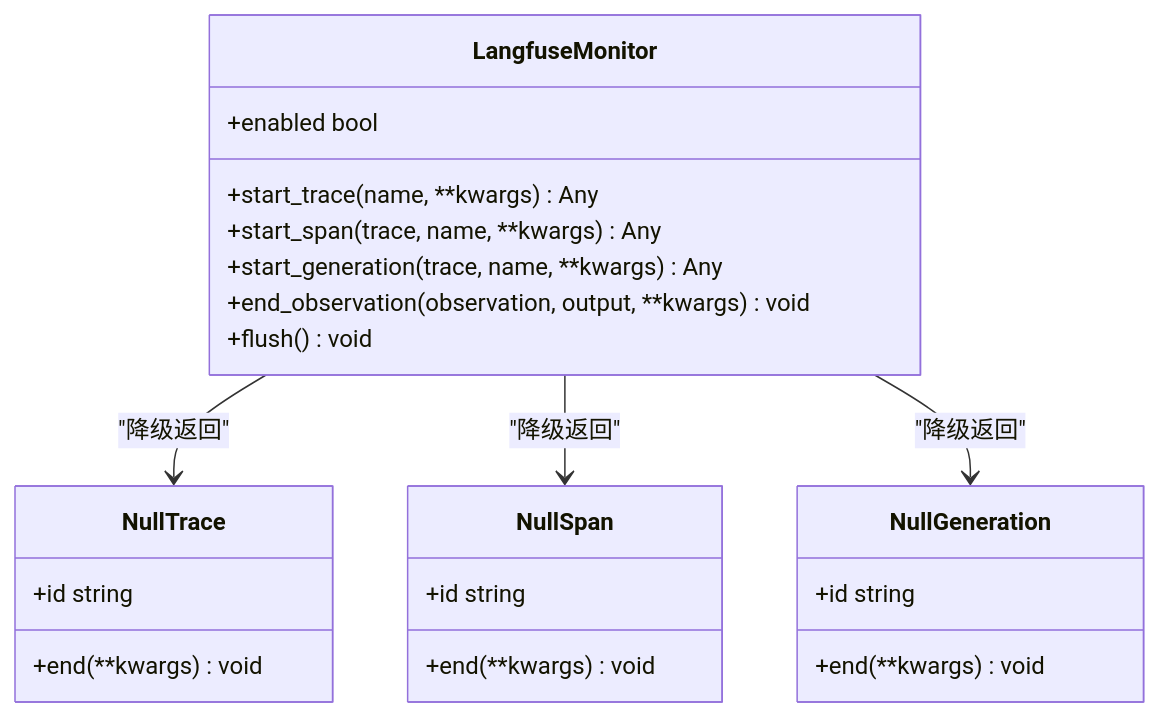
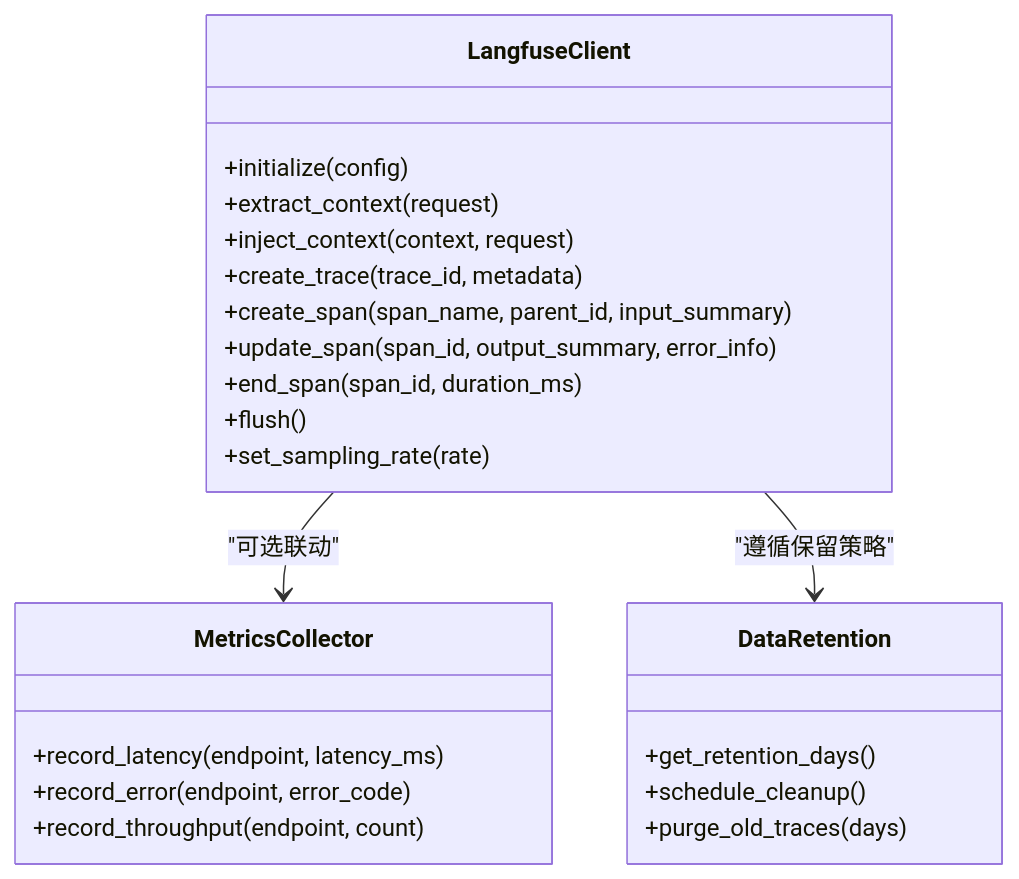
Before and after one commit to zmdhdu/NexusCockpit: the third of 5 diagrams in .qoder/repowiki/zh/content/可观测性系统/分布式追踪.md, drawn with Mermaid. The commit also changed other lines of this file and 535 other files, not shown here.

````diff
--- a/.qoder/repowiki/zh/content/可观测性系统/分布式追踪.md
+++ b/.qoder/repowiki/zh/content/可观测性系统/分布式追踪.md
@@ -196,26 +135,26 @@
 ```mermaid
 classDiagram
-class LangfuseMonitor {
-+enabled bool
-+start_trace(name, **kwargs) Any
-+start_span(trace, name, **kwargs) Any
-+start_generation(trace, name, **kwargs) Any
-+end_observation(observation, output, **kwargs) void
-+flush() void
+class LangfuseClient {
++initialize(config)
++extract_context(request)
++inject_context(context, request)
++create_trace(trace_id, metadata)
++create_span(span_name, parent_id, input_summary)
++update_span(span_id, output_summary, error_info)
++end_span(span_id, duration_ms)
++flush()
++set_sampling_rate(rate)
 }
-class NullTrace {
-+id string
-+end(**kwargs) void
+class MetricsCollector {
++record_latency(endpoint, latency_ms)
++record_error(endpoint, error_code)
++record_throughput(endpoint, count)
 }
-class NullSpan {
-+id string
-+end(**kwargs) void
+class DataRetention {
++get_retention_days()
++schedule_cleanup()
++purge_old_traces(days)
 }
-class NullGeneration {
-+id string
-+end(**kwargs) void
-}
-LangfuseMonitor --> NullTrace : "降级返回"
-LangfuseMonitor --> NullSpan : "降级返回"
-LangfuseMonitor --> NullGeneration : "降级返回"
+LangfuseClient --> MetricsCollector : "可选联动"
+LangfuseClient --> DataRetention : "遵循保留策略"
 ```
````
